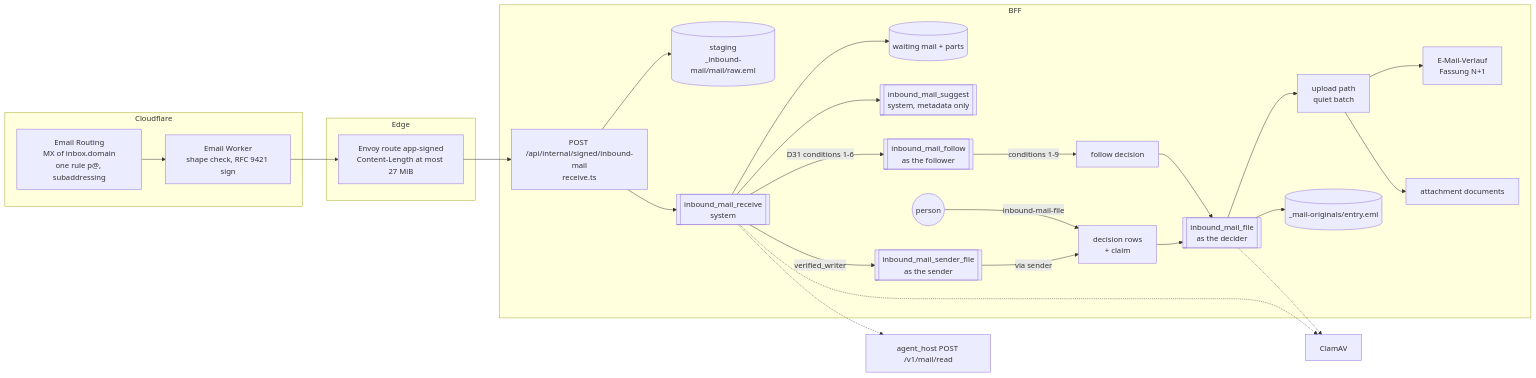
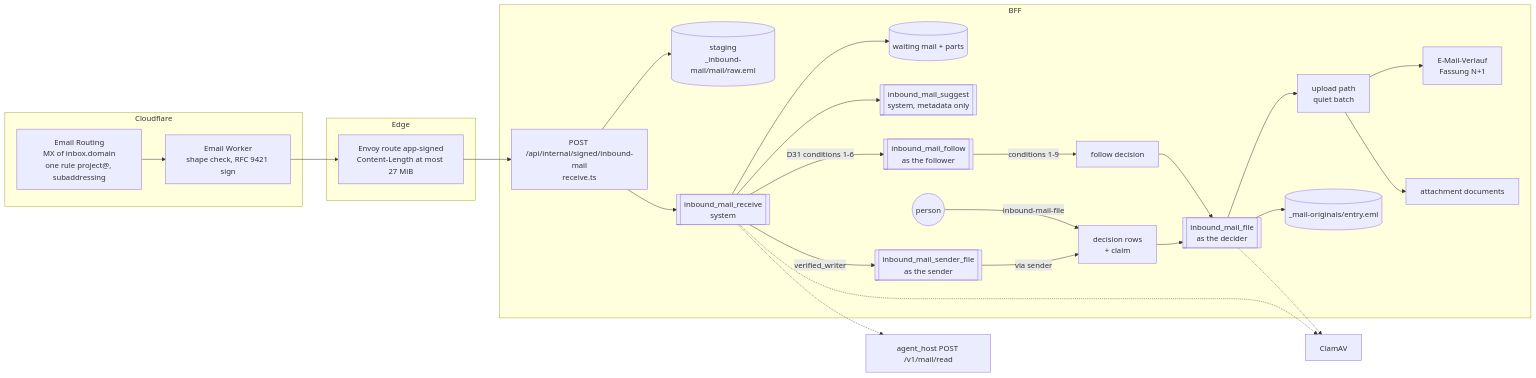
Before and after one commit to archos-at/archos: the first of 2 diagrams in docs/architecture/inbound-mail.md, drawn with Mermaid. The commit also changed other lines of this file and 45 other files, not shown here.

````diff
--- a/docs/architecture/inbound-mail.md
+++ b/docs/architecture/inbound-mail.md
@@ -24,29 +24,29 @@
 ```mermaid
 flowchart LR
   subgraph Cloudflare
-    MX[Email Routing<br/>MX of inbox.domain<br/>one rule p@, subaddressing] --> W[Email Worker<br/>shape check, RFC 9421 sign]
+    MX[Email Routing<br/>MX of inbox.domain<br/>one rule project@, subaddressing] --> W[Email Worker<br/>shape check, RFC 9421 sign]
   end
   subgraph Edge
     E[Envoy route app-signed<br/>Content-Length at most 27 MiB]
   end
   subgraph BFF
     R[POST /api/internal/signed/inbound-mail<br/>receive.ts] --> S[(staging<br/>_inbound-mail/mail/raw.eml)]
     R --> Q1[[inbound_mail_receive<br/>system]]
     Q1 --> H[(waiting mail + parts)]
     Q1 --> Q2[[inbound_mail_suggest<br/>system, metadata only]]
     Q1 -->|D31 conditions 1-6| Q4[[inbound_mail_follow<br/>as the follower]]
     Q1 -->|verified_writer| Q5[[inbound_mail_sender_file<br/>as the sender]]
     Q5 -->|via sender| D
     P((person)) -->|inbound-mail-file| D[decision rows<br/>+ claim]
     D --> Q3[[inbound_mail_file<br/>as the decider]]
     Q4 -->|conditions 1-9| D2[follow decision] --> Q3
     Q3 --> U[upload path<br/>quiet batch]
     U --> V[E-Mail-Verlauf<br/>Fassung N+1]
     U --> A[attachment documents]
     Q3 --> O[(_mail-originals/entry.eml)]
   end
   W --> E --> R
   Q1 -.-> PY[agent_host POST /v1/mail/read]
   Q1 -.-> AV[ClamAV]
   Q3 -.-> AV
 ```
````
